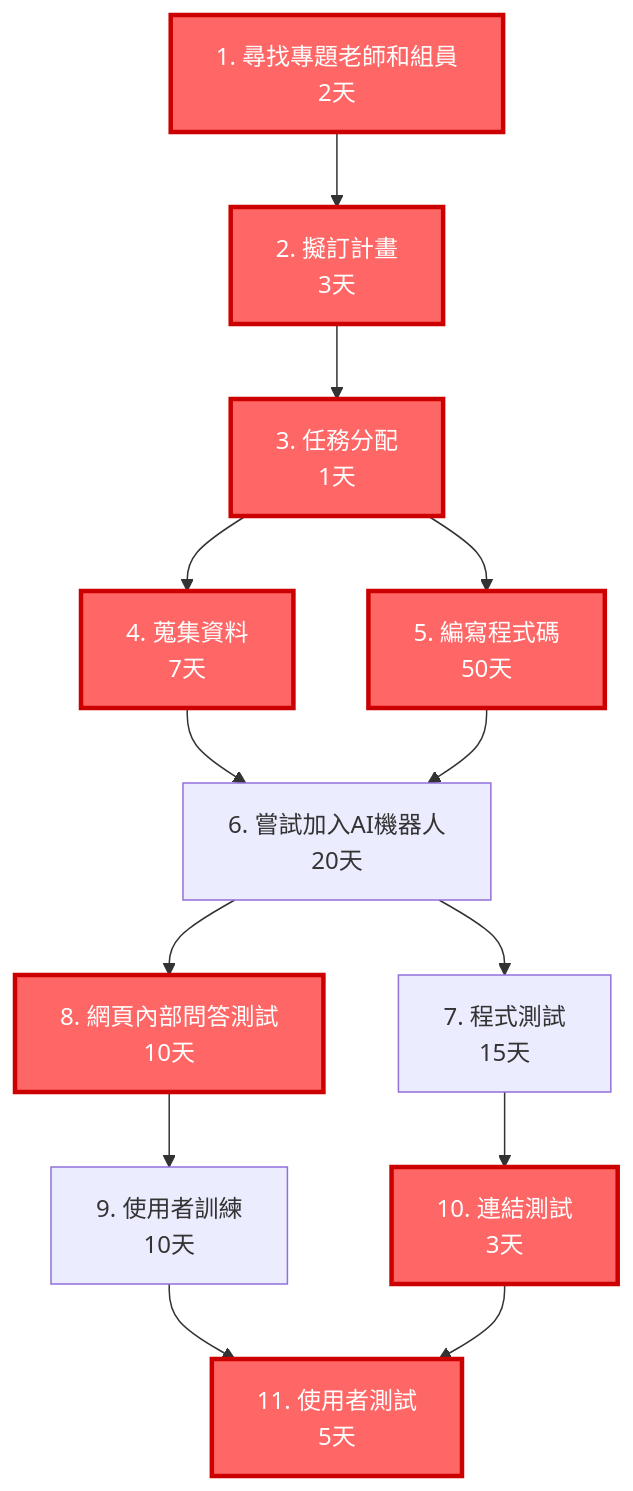
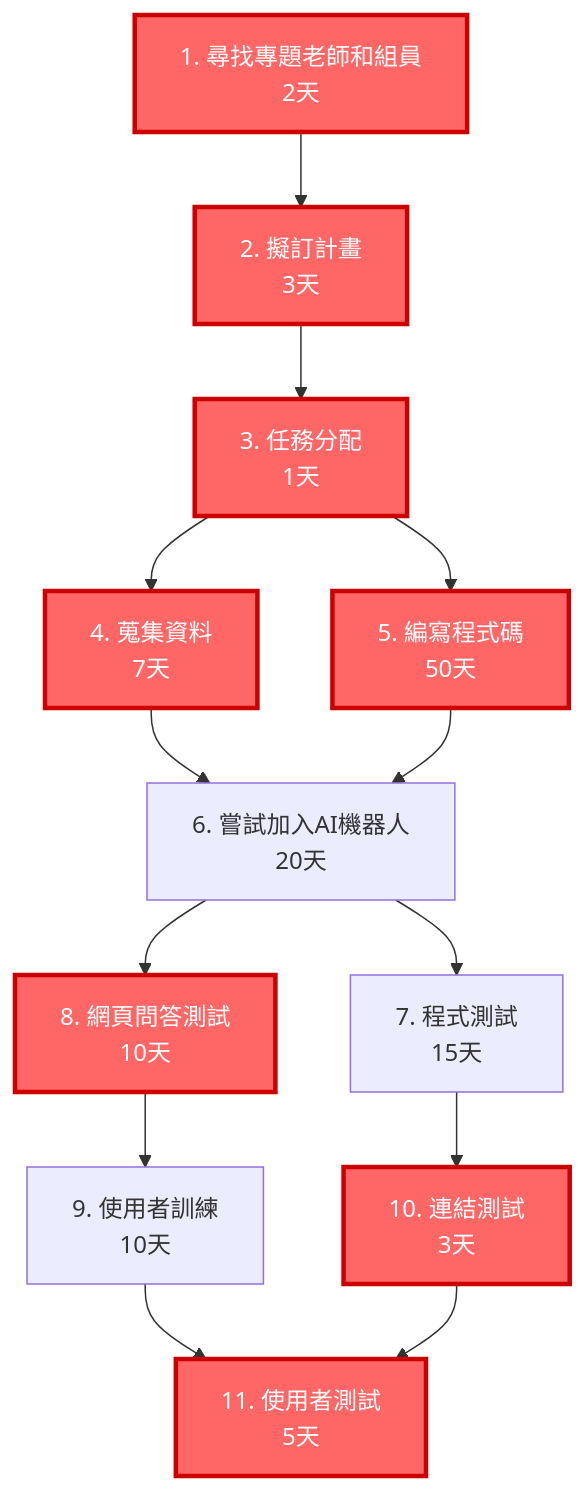
Before and after one commit to c112118202-droid/-: the first of 2 diagrams in hw2.md, drawn with Mermaid.

````diff
--- a/hw2.md
+++ b/hw2.md
@@ -9,19 +9,19 @@
 ```mermaid
 graph TD
     A[1. 尋找專題老師和組員<br/>2天] --> B[2. 擬訂計畫<br/>3天]
     B --> C[3. 任務分配<br/>1天]
     C --> D[4. 蒐集資料<br/>7天]
     C --> E[5. 編寫程式碼<br/>50天]
     D --> G
     E --> G[6. 嘗試加入AI機器人<br/>20天]
     G --> H[7. 程式測試<br/>15天]
-    G --> I[8. 網頁內部問答測試<br/>10天]
+    G --> I[8. 網頁問答測試<br/>10天]
     I --> J[9. 使用者訓練<br/>10天]
     H --> K[10. 連結測試<br/>3天]
     J --> L[11. 使用者測試<br/>5天]
     K --> L
     
     class A,B,C,D,E,F,I,K,L critical
     classDef critical fill:#ff6666,stroke:#cc0000,stroke-width:3px,color:#ffffff;
     classDef normal fill:#f0f0f0,stroke:#333,stroke-width:2px,color:#000000;
 ```
````
